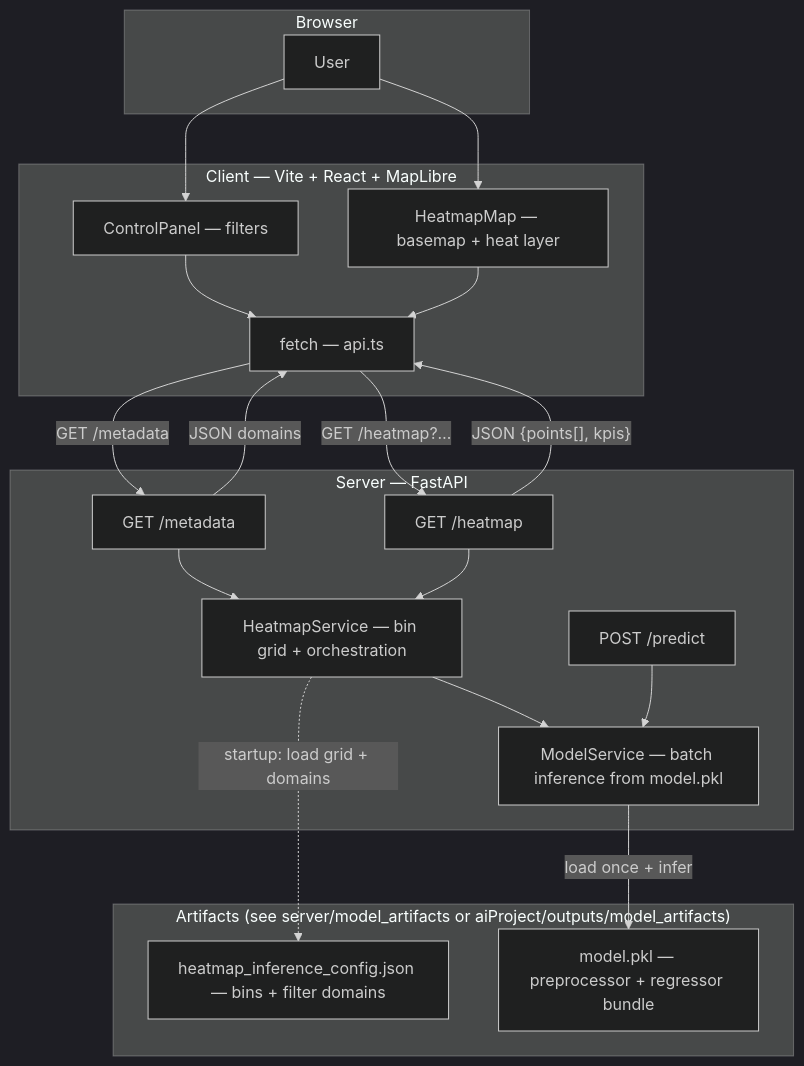
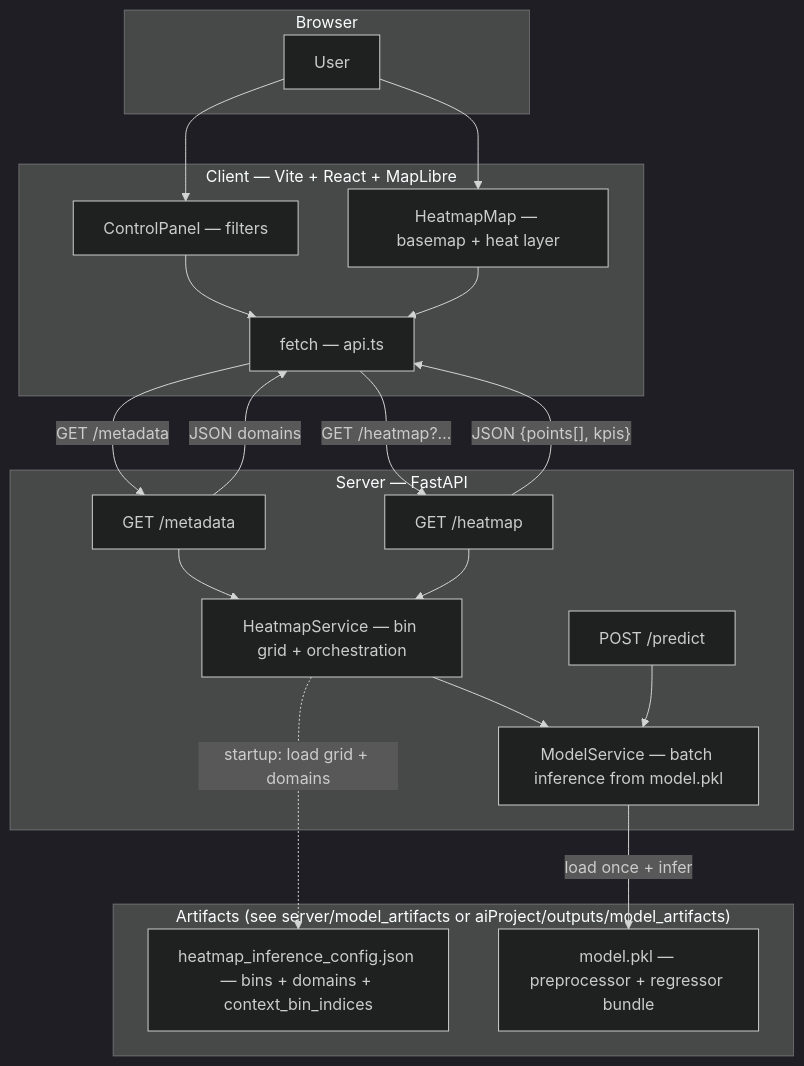
One commit to rosadigital/centennialCollege_AICapstoneProject changed the first of 4 diagrams in README.md. Above: the diagram before and after it, drawn with Mermaid (dark theme). The commit also changed other lines of this file and 2 other files, not shown here.

First line of the commit message:
docs: heatmap config requires context_bin_indices; no legacy CSV for API

````diff
--- a/README.md
+++ b/README.md
@@ -21,40 +21,40 @@
 ```mermaid
 flowchart TB
     subgraph Browser
         U[User]
     end
 
     subgraph Client["Client — Vite + React + MapLibre"]
         CP[ControlPanel — filters]
         HM[HeatmapMap — basemap + heat layer]
         APIc["fetch — api.ts"]
         CP --> APIc
         HM --> APIc
     end
 
     subgraph Server["Server — FastAPI"]
         R1["GET /metadata"]
         R2["GET /heatmap"]
         R3["POST /predict"]
         HS[HeatmapService — bin grid + orchestration]
         MS[ModelService — batch inference from model.pkl]
         R1 --> HS
         R2 --> HS
         HS --> MS
         R3 --> MS
     end
 
     subgraph Artifacts["Artifacts (see server/model_artifacts or aiProject/outputs/model_artifacts)"]
-        CFG["heatmap_inference_config.json — bins + filter domains"]
+        CFG["heatmap_inference_config.json — bins + domains + context_bin_indices"]
         PKL["model.pkl — preprocessor + regressor bundle"]
     end
 
     U --> CP
     U --> HM
     APIc -->|"GET /metadata"| R1
     R1 -->|"JSON domains"| APIc
     APIc -->|"GET /heatmap?…"| R2
     R2 -->|"JSON {points[], kpis}"| APIc
     HS -.->|"startup: load grid + domains"| CFG
     MS -->|"load once + infer"| PKL
 ```
````
